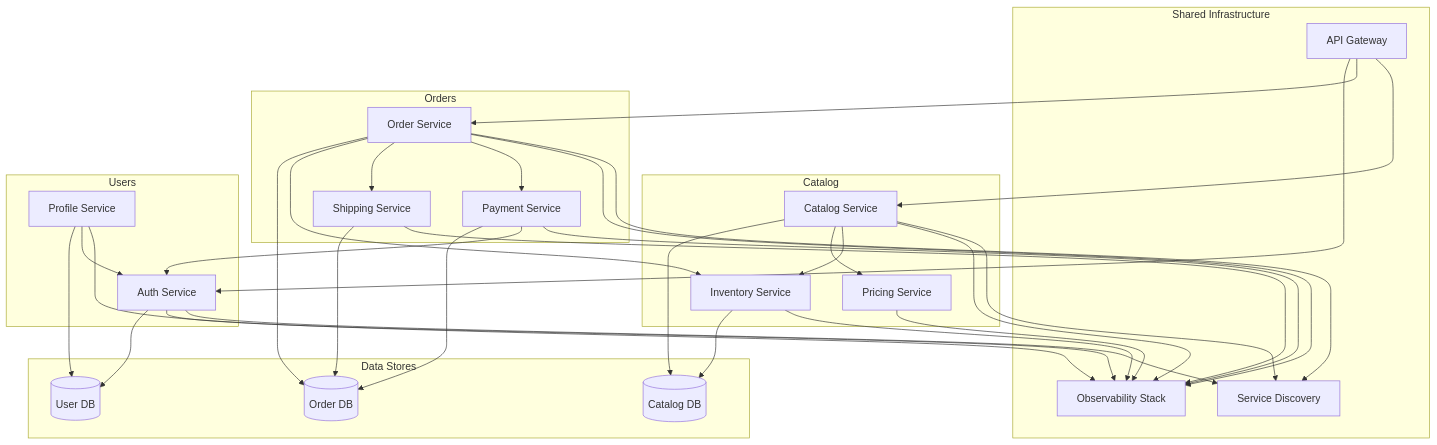
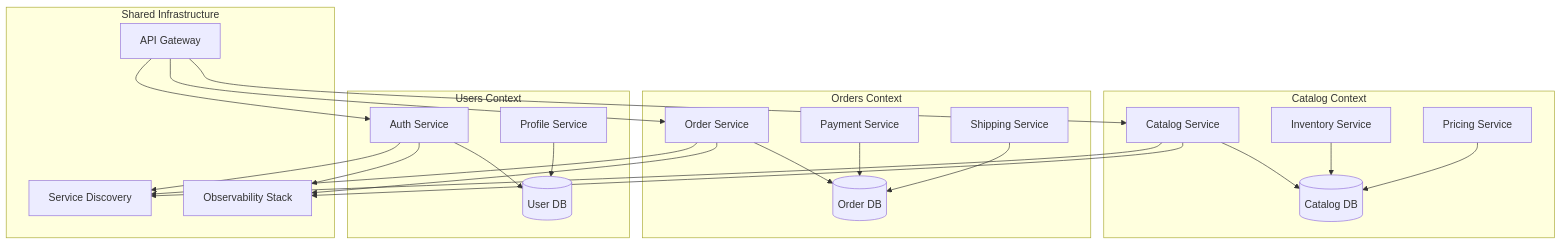
Before and after one commit to 1st/interview: the diagram in 07. System Design/diagrams/microservices_context.md, drawn with Mermaid. The commit also changed other lines of this file and 9 other files, not shown here.

Commit message:
Updated diagrams

````diff
--- a/07. System Design/diagrams/microservices_context.md
+++ b/07. System Design/diagrams/microservices_context.md
@@ -3,64 +3,51 @@
 ```mermaid
-graph TD
+graph TB
     subgraph Shared Infrastructure
         Gateway[API Gateway]
         Discovery[Service Discovery]
         Observability[Observability Stack]
     end
 
-    subgraph Catalog
-        CatalogSvc[Catalog Service]
-        InventorySvc[Inventory Service]
-        PricingSvc[Pricing Service]
+    subgraph Catalog Context
+        CatalogService[Catalog Service]
+        InventoryService[Inventory Service]
+        PricingService[Pricing Service]
+        CatalogDB[(Catalog DB)]
     end
 
-    subgraph Orders
-        OrderSvc[Order Service]
-        PaymentSvc[Payment Service]
-        ShippingSvc[Shipping Service]
+    subgraph Orders Context
+        OrderService[Order Service]
+        PaymentService[Payment Service]
+        ShippingService[Shipping Service]
+        OrderDB[(Order DB)]
     end
 
-    subgraph Users
-        AuthSvc[Auth Service]
-        ProfileSvc[Profile Service]
-    end
-
-    Gateway --> CatalogSvc
-    Gateway --> OrderSvc
-    Gateway --> AuthSvc
-
-    CatalogSvc --> Discovery
-    OrderSvc --> Discovery
-    AuthSvc --> Discovery
-
-    CatalogSvc --> Observability
-    InventorySvc --> Observability
-    PricingSvc --> Observability
-    OrderSvc --> Observability
-    PaymentSvc --> Observability
-    ShippingSvc --> Observability
-    AuthSvc --> Observability
-    ProfileSvc --> Observability
-
-    CatalogSvc --> InventorySvc
-    CatalogSvc --> PricingSvc
-    OrderSvc --> PaymentSvc
-    OrderSvc --> ShippingSvc
-    OrderSvc --> InventorySvc
-    PaymentSvc --> AuthSvc
-    ProfileSvc --> AuthSvc
-
-    subgraph Data Stores
-        CatalogDB[(Catalog DB)]
-        OrderDB[(Order DB)]
+    subgraph Users Context
+        AuthService[Auth Service]
+        ProfileService[Profile Service]
         UserDB[(User DB)]
     end
 
-    CatalogSvc --> CatalogDB
-    InventorySvc --> CatalogDB
-    OrderSvc --> OrderDB
-    PaymentSvc --> OrderDB
-    ShippingSvc --> OrderDB
-    AuthSvc --> UserDB
-    ProfileSvc --> UserDB
+    Gateway --> CatalogService
+    Gateway --> OrderService
+    Gateway --> AuthService
+
+    CatalogService --> Discovery
+    OrderService --> Discovery
+    AuthService --> Discovery
+
+    CatalogService --> Observability
+    OrderService --> Observability
+    AuthService --> Observability
+
+    CatalogService --> CatalogDB
+    InventoryService --> CatalogDB
+    PricingService --> CatalogDB
+
+    OrderService --> OrderDB
+    PaymentService --> OrderDB
+    ShippingService --> OrderDB
+
+    AuthService --> UserDB
+    ProfileService --> UserDB
 ```
````
